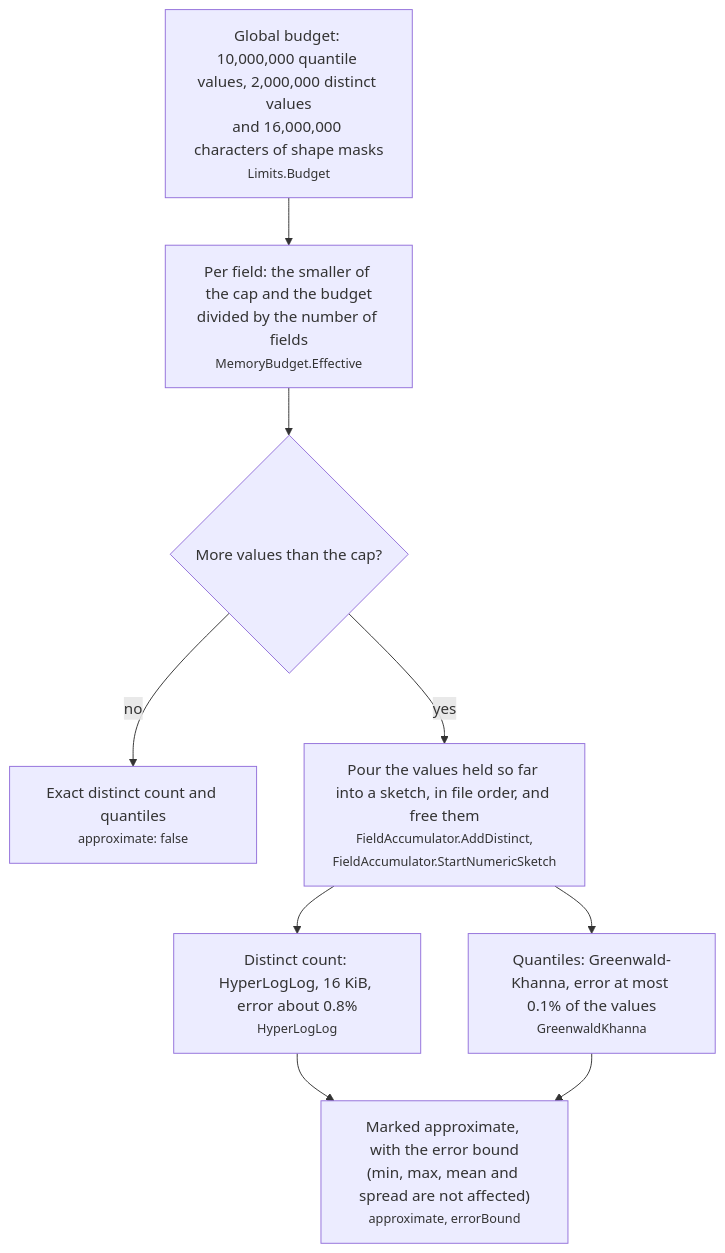
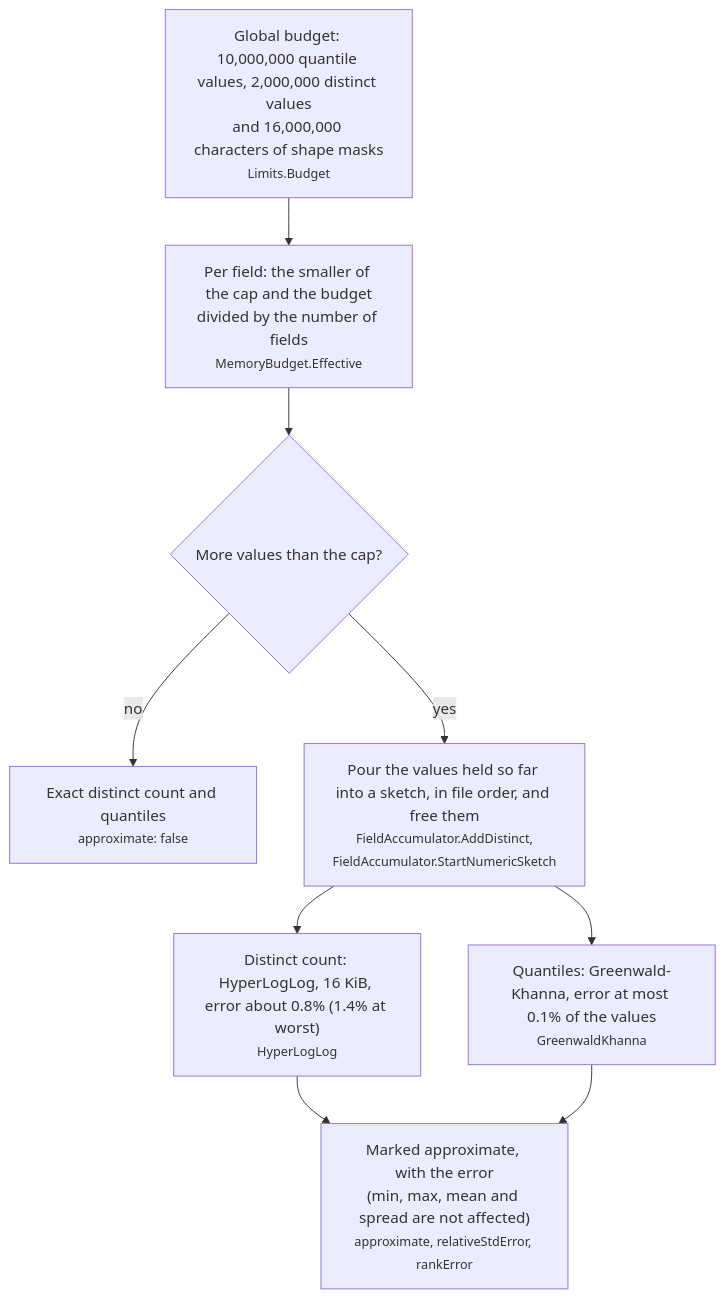
Before and after one commit to squalor-xyz/squalify: diagram 12 of 27 in docs/how-it-works.md, drawn with Mermaid. The commit also changed other lines of this file and 36 other files, not shown here.

````diff
--- a/docs/how-it-works.md
+++ b/docs/how-it-works.md
@@ -188,11 +188,11 @@
 ```mermaid
 flowchart TD
     B["Global budget: 10,000,000 quantile values, 2,000,000 distinct values<br/>and 16,000,000 characters of shape masks<br/><small>Limits.Budget</small>"] --> P["Per field: the smaller of the cap and the budget<br/>divided by the number of fields<br/><small>MemoryBudget.Effective</small>"]
     P --> X{"More values than the cap?"}
     X -- "no" --> Exact["Exact distinct count and quantiles<br/><small>approximate: false</small>"]
     X -- "yes" --> Move["Pour the values held so far into a sketch, in file order, and free them<br/><small>FieldAccumulator.AddDistinct,<br/>FieldAccumulator.StartNumericSketch</small>"]
-    Move --> Hll["Distinct count: HyperLogLog, 16 KiB, error about 0.8%<br/><small>HyperLogLog</small>"]
+    Move --> Hll["Distinct count: HyperLogLog, 16 KiB, error about 0.8% (1.4% at worst)<br/><small>HyperLogLog</small>"]
     Move --> Gk["Quantiles: Greenwald-Khanna, error at most 0.1% of the values<br/><small>GreenwaldKhanna</small>"]
-    Hll --> Ap["Marked approximate, with the error bound<br/>(min, max, mean and spread are not affected)<br/><small>approximate, errorBound</small>"]
+    Hll --> Ap["Marked approximate, with the error<br/>(min, max, mean and spread are not affected)<br/><small>approximate, relativeStdError, rankError</small>"]
     Gk --> Ap
 ```
````
